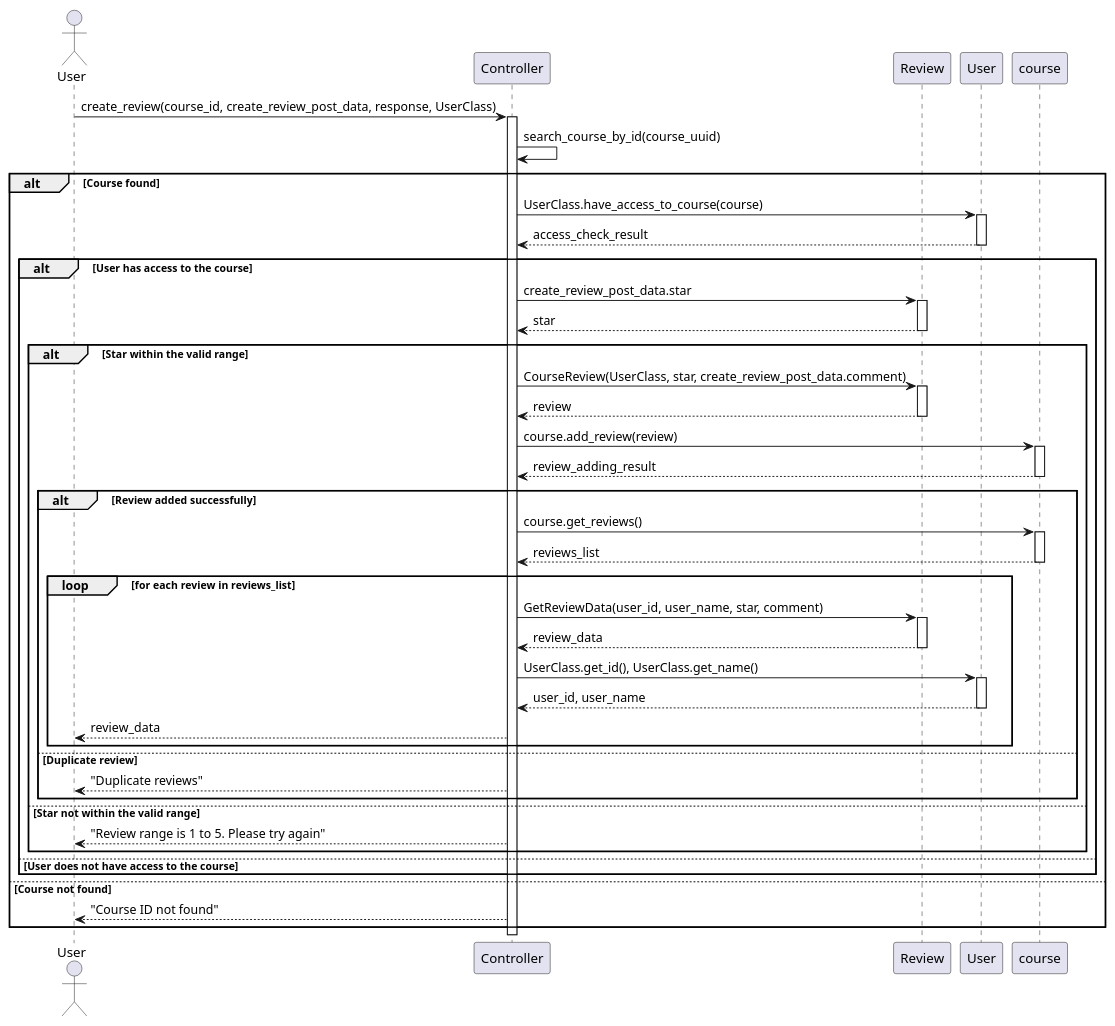
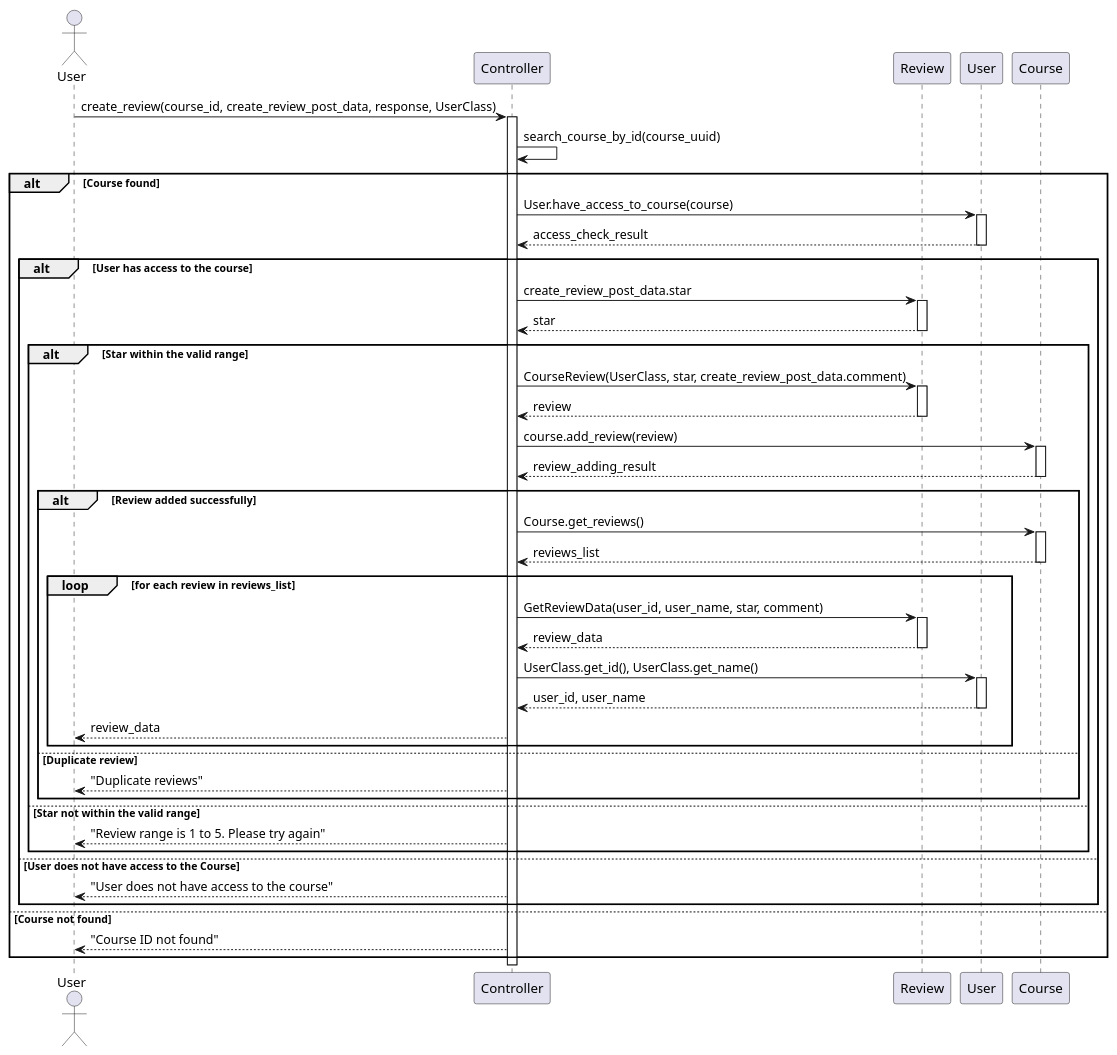
One commit to KMITLSuicide/KMITL-ObjectOrientedProgramming-Project changed the diagram in diagrams/plantuml/review(create_review).puml. Above: the diagram before and after it, drawn with PlantUML. The commit also changed 39 other files, not shown here.

```diff
--- a/diagrams/plantuml/review(create_review).puml
+++ b/diagrams/plantuml/review(create_review).puml
@@ -1,76 +1,77 @@
 @startuml
 
 actor User
 participant Controller
 ' participant Course
 participant Review
 participant "User" as UserClass
 
 User -> Controller: create_review(course_id, create_review_post_data, response, UserClass)
 activate Controller
 
 Controller -> Controller: search_course_by_id(course_uuid)
 
 alt Course found
-    Controller -> UserClass: UserClass.have_access_to_course(course)
+    Controller -> UserClass: User.have_access_to_course(course)
     activate UserClass
     UserClass --> Controller: access_check_result
     deactivate UserClass
 
     alt User has access to the course
         Controller -> Review: create_review_post_data.star
         activate Review
         Review --> Controller: star
         deactivate Review
 
         alt Star within the valid range
             Controller -> Review: CourseReview(UserClass, star, create_review_post_data.comment)
             activate Review
             Review --> Controller: review
             deactivate Review
 
-            Controller -> course: course.add_review(review)
-            activate course
-            course --> Controller: review_adding_result
-            deactivate course
+            Controller -> Course: course.add_review(review)
+            activate Course
+            Course --> Controller: review_adding_result
+            deactivate Course
 
             alt Review added successfully
-                Controller -> course: course.get_reviews()
-                activate course
-                course --> Controller: reviews_list
-                deactivate course
+                Controller -> Course: Course.get_reviews()
+                activate Course
+                Course --> Controller: reviews_list
+                deactivate Course
 
                 loop for each review in reviews_list
                     Controller -> Review: GetReviewData(user_id, user_name, star, comment)
                     activate Review
                     Review --> Controller: review_data
                     deactivate Review
 
                     Controller -> UserClass: UserClass.get_id(), UserClass.get_name()
                     activate UserClass
                     UserClass --> Controller: user_id, user_name
                     deactivate UserClass
 
                     
                     Controller --> User: review_data
                 end
             else Duplicate review
                 
                 Controller --> User: "Duplicate reviews"
             end
 
         else Star not within the valid range
             
             Controller --> User: "Review range is 1 to 5. Please try again"
         end
 
-    else User does not have access to the course
+    else User does not have access to the Course
         
+        Controller --> User: "User does not have access to the course"
     end
 
 else Course not found
     
     Controller --> User: "Course ID not found"
 end
 
 @enduml
```
